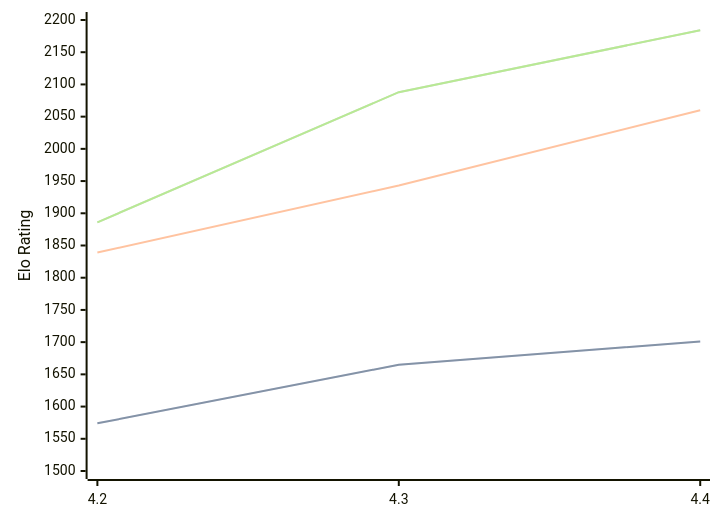
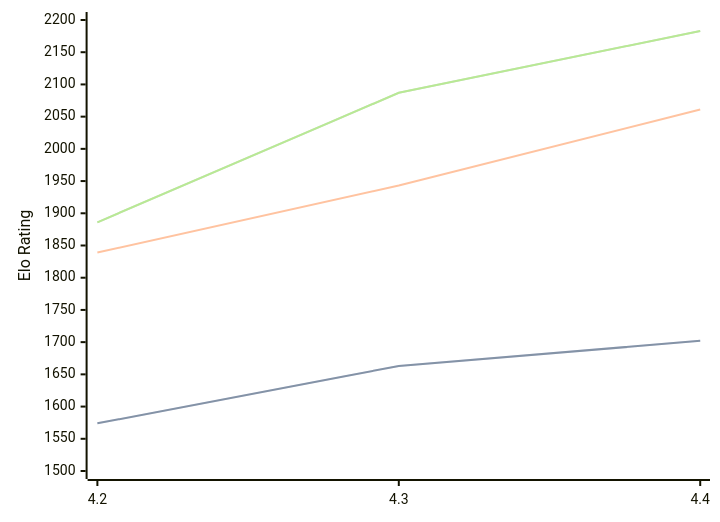
Before and after one commit to computer-chess-index/cci: the diagram in engines/Radiance.md, drawn with Mermaid. The commit also changed other lines of this file, not shown here.

Commit message:
Update CCI Ratings (ELO VLTC) - 2026-08-04

````diff
--- a/engines/Radiance.md
+++ b/engines/Radiance.md
@@ -36,11 +36,11 @@
 ```mermaid
 %%{init: {"theme":"base","themeVariables":{"seriesColors:['#a3a3a3','#222221','#faa371']}}}%%
 xychart-beta
   x-axis ["4.2", "4.3", "4.4"]
   y-axis "Elo Rating" 1500 --> 2200
-  line "STC (8.0+0.08s)" [1574, 1665, 1701]
-  line "STC (8.0+0.08s)" [1574, 1665, 1701]
-  line "LTC (60.0+0.60s)" [1839, 1943, 2060]
-  line "VLTC (2m24s+1.12s)" [1886, 2088, 2184]
-  line "VLTC (2m24s+1.12s)" [1886, 2088, 2184]
+  line "STC (8.0+0.08s)" [1574, 1663, 1702]
+  line "STC (8.0+0.08s)" [1574, 1663, 1702]
+  line "LTC (60.0+0.60s)" [1839, 1943, 2061]
+  line "VLTC (2m24s+1.12s)" [1886, 2087, 2183]
+  line "VLTC (2m24s+1.12s)" [1886, 2087, 2183]
 ```
````
